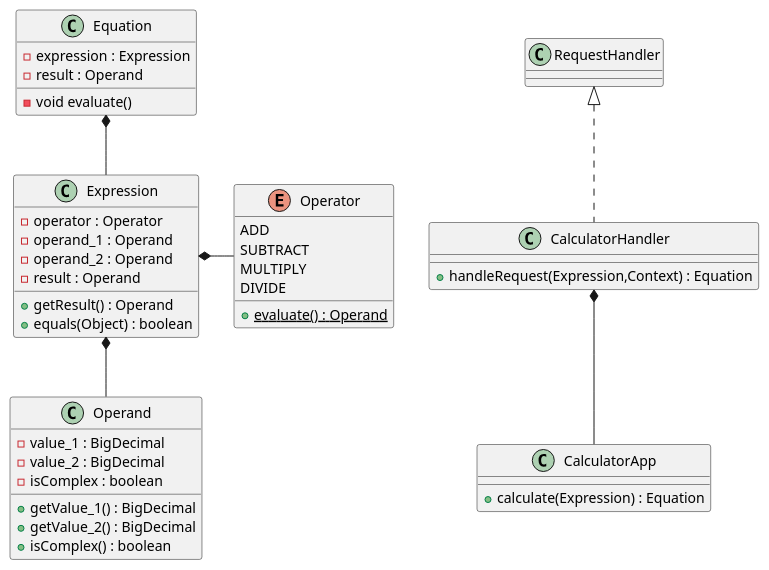
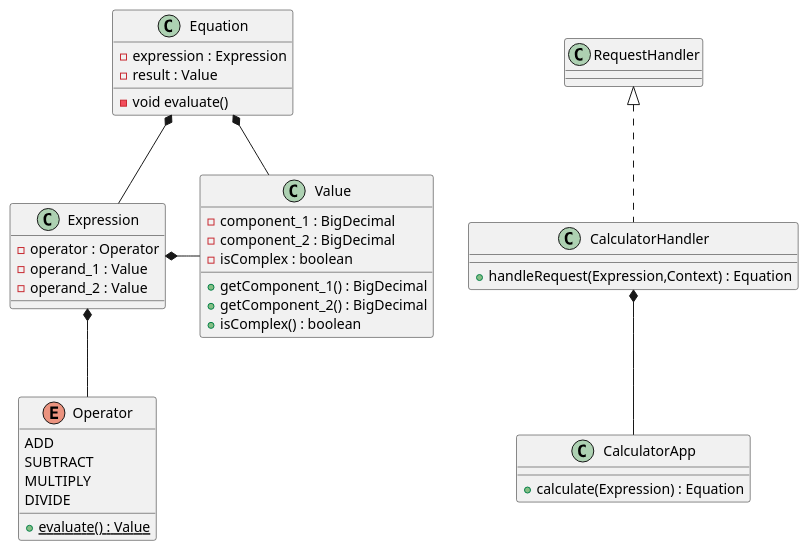
Before and after one commit to willkim76/portfolio: the diagram in AWSLambda/Calculator/concept.puml, drawn with PlantUML. The commit also changed 6 other files, not shown here.

Commit message:
Renamed Class Operand to Class Value. Updated UML.

```diff
--- a/AWSLambda/Calculator/concept.puml
+++ b/AWSLambda/Calculator/concept.puml
@@ -1,45 +1,42 @@
 @startuml
-class Operand {
-- value_1 : BigDecimal
-- value_2 : BigDecimal
+class Value {
+- component_1 : BigDecimal
+- component_2 : BigDecimal
 - isComplex : boolean
-+ getValue_1() : BigDecimal
-+ getValue_2() : BigDecimal
++ getComponent_1() : BigDecimal
++ getComponent_2() : BigDecimal
 + isComplex() : boolean
 }
 class Equation {
 - expression : Expression
-- result : Operand
+- result : Value
 - void evaluate()
 }
 class CalculatorApp {
 + calculate(Expression) : Equation
 }
 class Expression {
 - operator : Operator
-- operand_1 : Operand
-- operand_2 : Operand
-- result : Operand
-+ getResult() : Operand
-+ equals(Object) : boolean
+- operand_1 : Value
+- operand_2 : Value
 }
 class CalculatorHandler {
 + handleRequest(Expression,Context) : Equation
 }
 enum Operator {
 ADD
 SUBTRACT
 MULTIPLY
 DIVIDE
-
-+ {static} evaluate() : Operand
++ {static} evaluate() : Value
 }
 
 RequestHandler <|.. CalculatorHandler
 CalculatorHandler *-- CalculatorApp
 
-Expression *-- Operand
-Expression *- Operator
+Expression *- Value
+Expression *-- Operator
 
 Equation *-- Expression
+Equation *- Value
 @enduml
```
